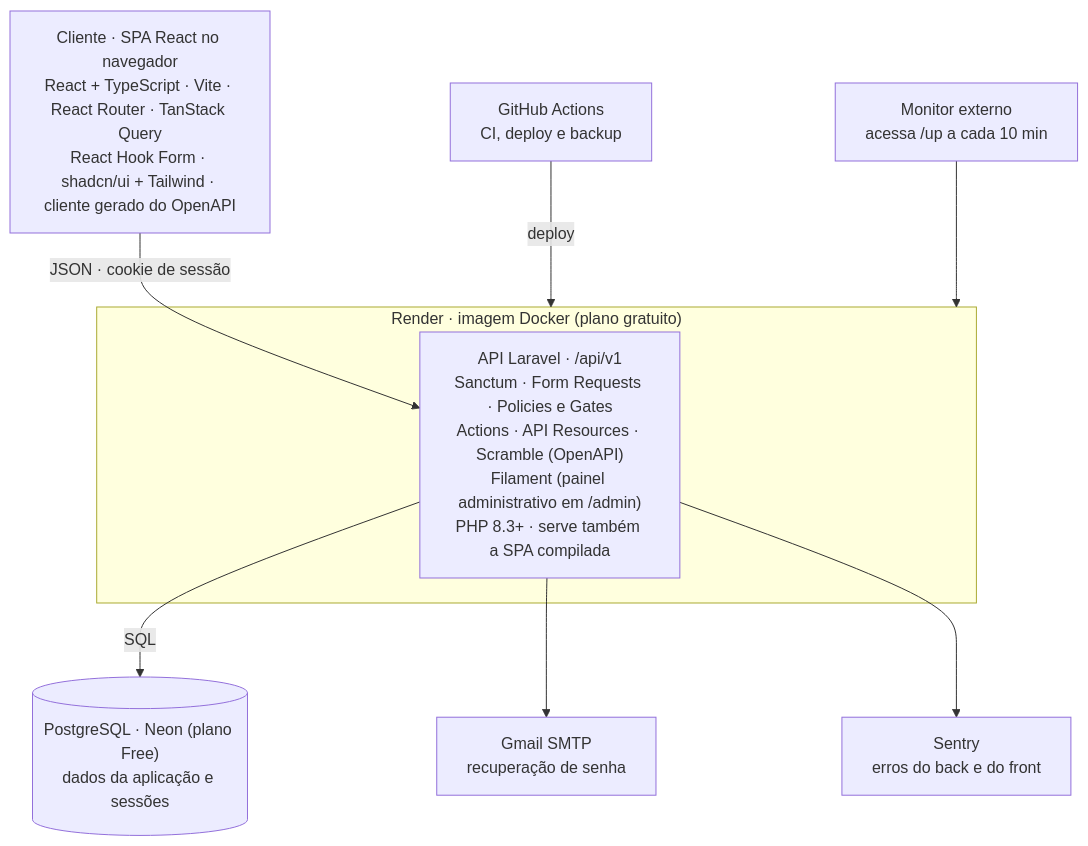
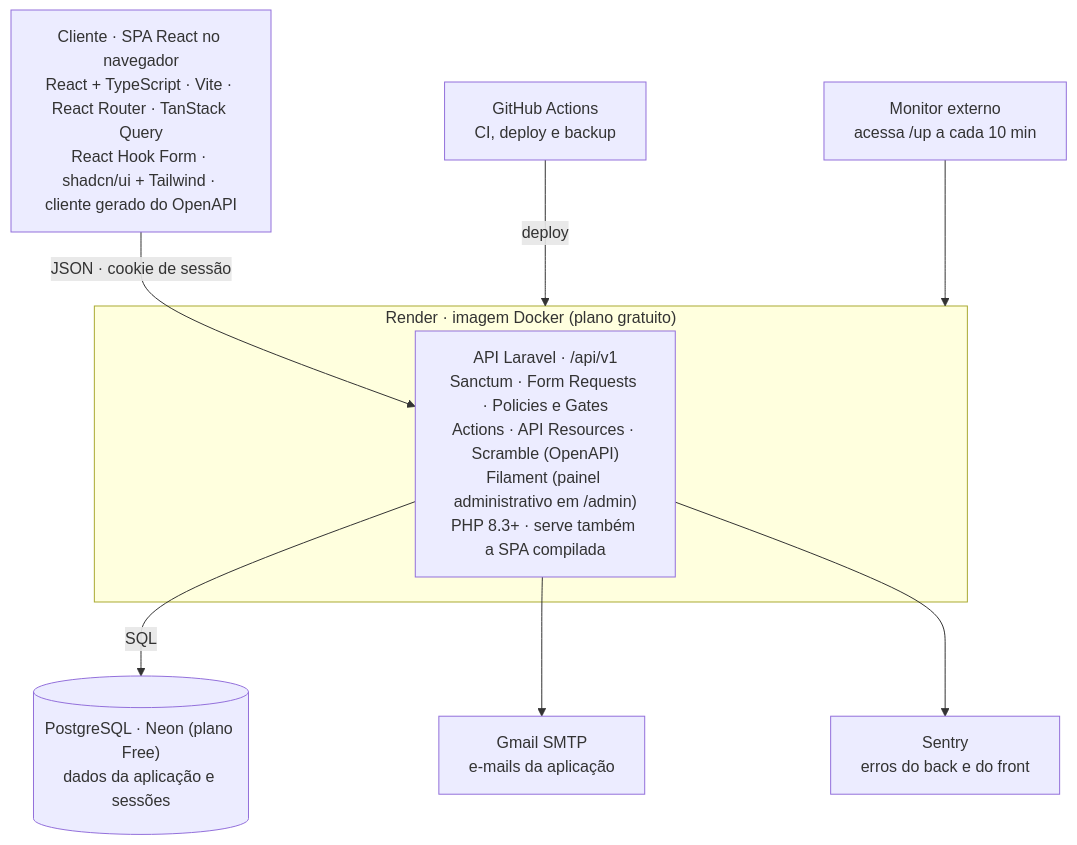
The diagram in docs/stack-e-decisoes-tecnicas.md (vivibiazus/Conecta-CC), drawn with Mermaid before and after one commit. The commit also changed other lines of this file and 5 other files, not shown here.

````diff
--- a/docs/stack-e-decisoes-tecnicas.md
+++ b/docs/stack-e-decisoes-tecnicas.md
@@ -11,19 +11,19 @@
 ```mermaid
 flowchart TB
     CLI["Cliente · SPA React no navegador<br/>React + TypeScript · Vite · React Router · TanStack Query<br/>React Hook Form · shadcn/ui + Tailwind · cliente gerado do OpenAPI"]
     subgraph RENDER["Render · imagem Docker (plano gratuito)"]
         API["API Laravel · /api/v1<br/>Sanctum · Form Requests · Policies e Gates<br/>Actions · API Resources · Scramble (OpenAPI)<br/>Filament (painel administrativo em /admin)<br/>PHP 8.3+ · serve também a SPA compilada"]
     end
     DB[("PostgreSQL · Neon (plano Free)<br/>dados da aplicação e sessões")]
     GH["GitHub Actions<br/>CI, deploy e backup"]
-    GM["Gmail SMTP<br/>recuperação de senha"]
+    GM["Gmail SMTP<br/>e-mails da aplicação"]
     SE["Sentry<br/>erros do back e do front"]
     MO["Monitor externo<br/>acessa /up a cada 10 min"]
 
     CLI -- "JSON · cookie de sessão" --> API
     API -- SQL --> DB
     GH -- deploy --> RENDER
     API --> GM
     API --> SE
     MO --> RENDER
 ```
````
